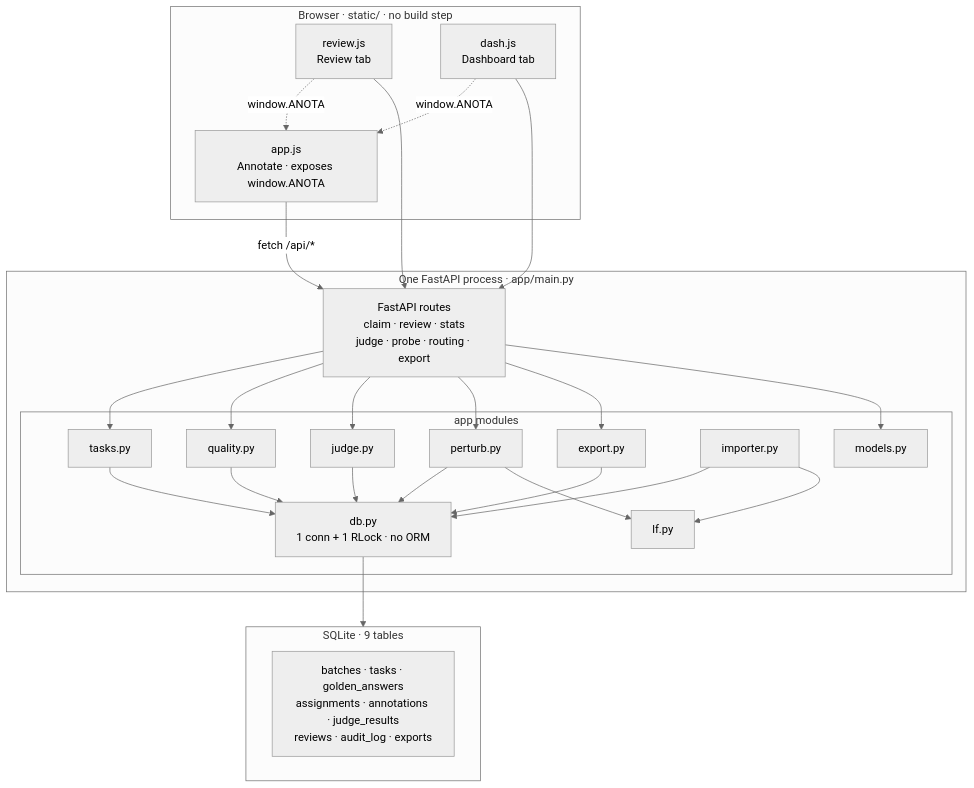
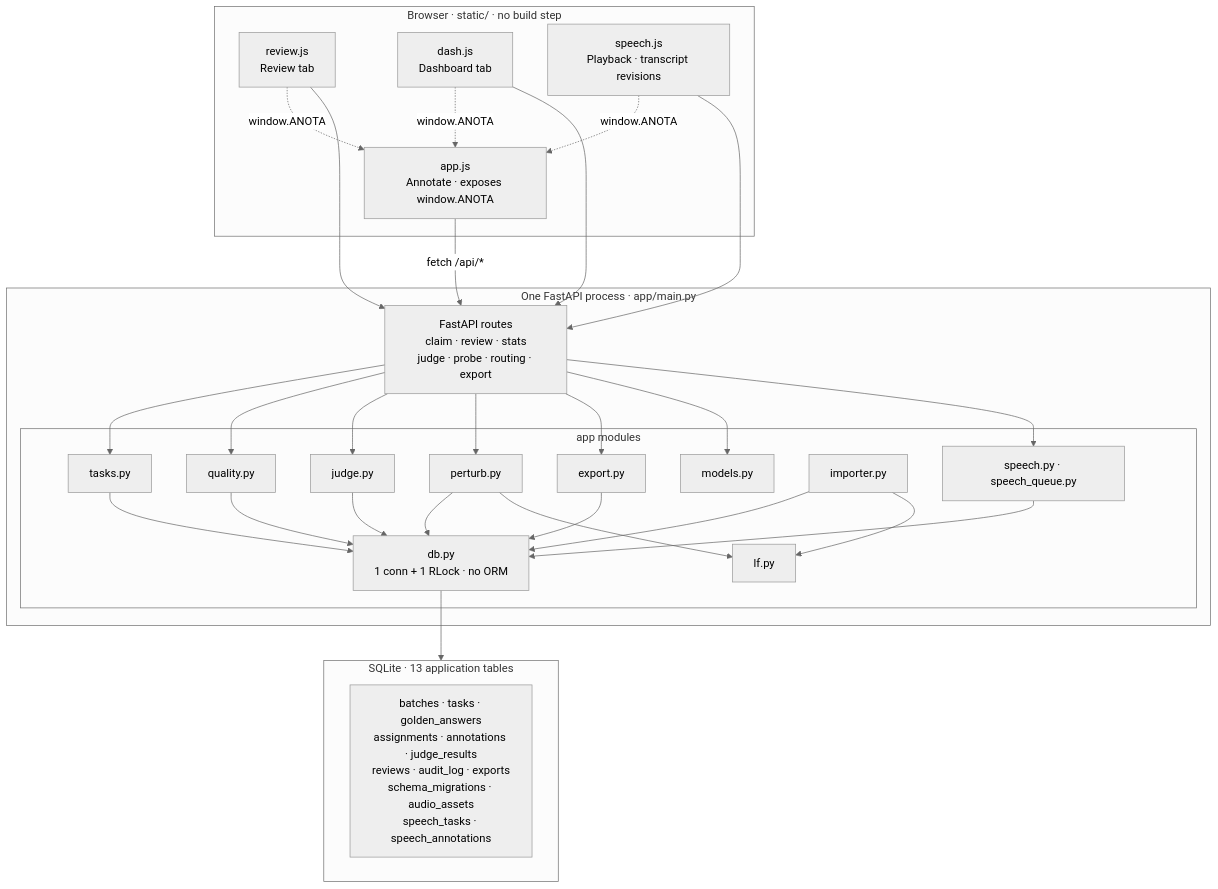
One commit to HenryVarro666/anota changed the second of 3 diagrams in README.md. Above: the diagram before and after it, drawn with Mermaid (neutral theme). The commit also changed other lines of this file and 23 other files, not shown here.

````diff
--- a/README.md
+++ b/README.md
@@ -167,37 +229,41 @@
 ```mermaid
 flowchart TB
   subgraph browser["Browser · static/ · no build step"]
     appjs["app.js<br>Annotate · exposes window.ANOTA"]
     reviewjs["review.js<br>Review tab"]
     dashjs["dash.js<br>Dashboard tab"]
+    speechjs["speech.js<br>Playback · transcript revisions"]
     reviewjs -.->|"window.ANOTA"| appjs
     dashjs -.->|"window.ANOTA"| appjs
+    speechjs -.->|"window.ANOTA"| appjs
   end
 
   subgraph proc["One FastAPI process · app/main.py"]
     routes["FastAPI routes<br>claim · review · stats<br>judge · probe · routing · export"]
     subgraph mods["app modules"]
       tasks["tasks.py"]
+      speech["speech.py · speech_queue.py"]
       quality["quality.py"]
       judge["judge.py"]
       perturb["perturb.py"]
       exportm["export.py"]
       importer["importer.py"]
       lf["lf.py"]
       models["models.py"]
       dbm["db.py<br>1 conn + 1 RLock · no ORM"]
     end
   end
 
-  subgraph sqlite["SQLite · 9 tables"]
-    t["batches · tasks · golden_answers<br>assignments · annotations · judge_results<br>reviews · audit_log · exports"]
+  subgraph sqlite["SQLite · 13 application tables"]
+    t["batches · tasks · golden_answers<br>assignments · annotations · judge_results<br>reviews · audit_log · exports<br>schema_migrations · audio_assets<br>speech_tasks · speech_annotations"]
   end
 
   appjs -->|"fetch /api/*"| routes
   reviewjs --> routes
   dashjs --> routes
-  routes --> tasks & quality & judge & perturb & exportm & models
-  tasks & quality & judge & perturb & exportm & importer --> dbm
+  speechjs --> routes
+  routes --> tasks & quality & judge & perturb & exportm & models & speech
+  tasks & quality & judge & perturb & exportm & importer & speech --> dbm
   perturb & importer --> lf
   dbm --> sqlite
 ```
````
